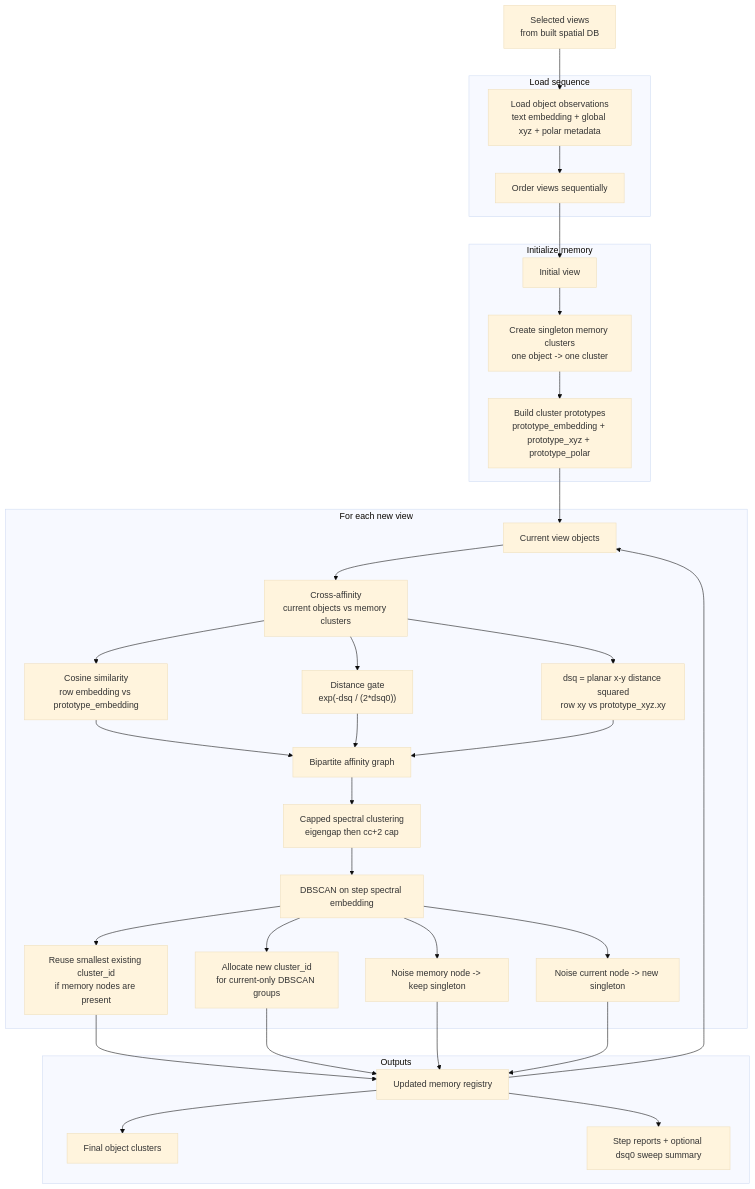
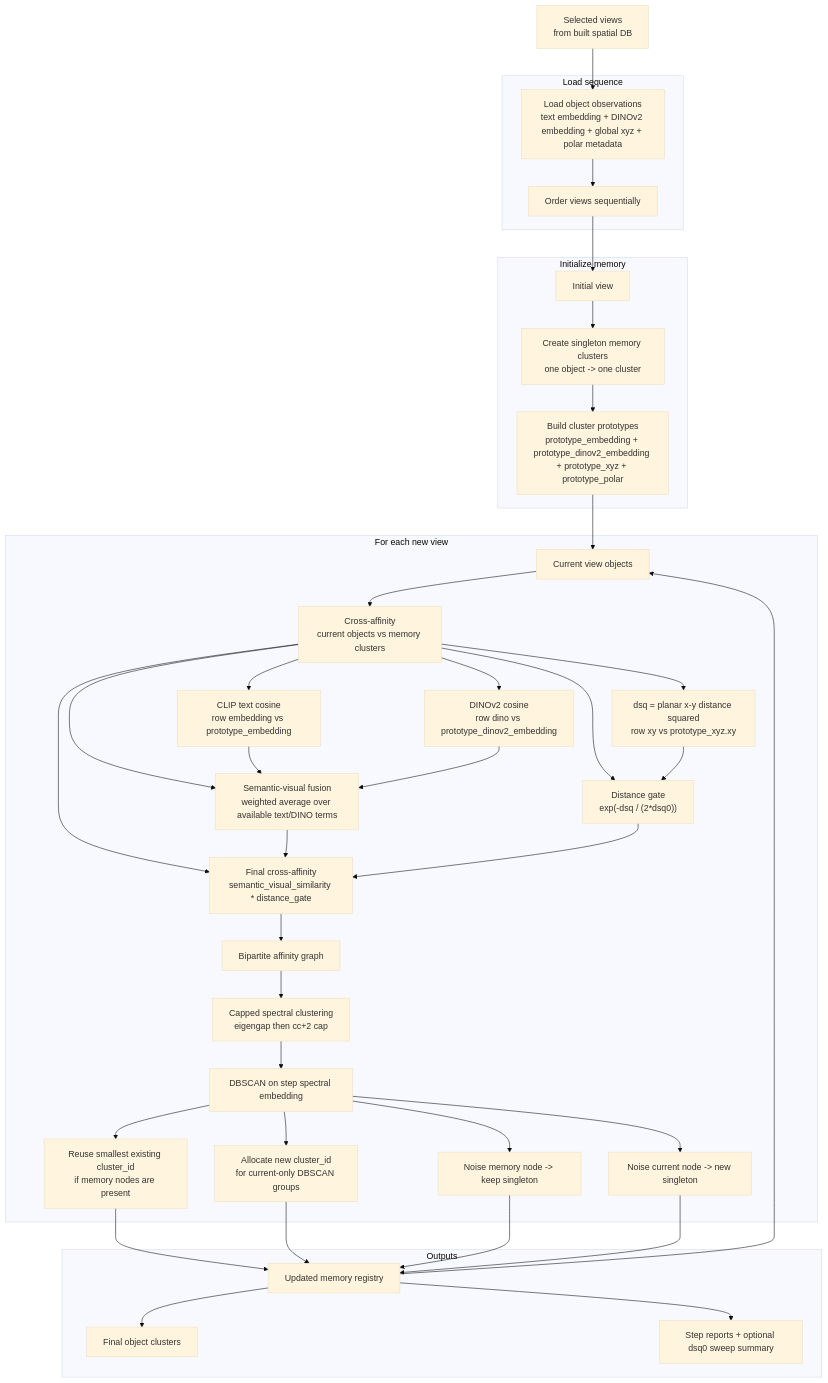
The second of 2 diagrams in README.md (YuhengLiu6/SpacialRAG), drawn with Mermaid (base theme) before and after one commit. The commit also changed other lines of this file, not shown here.

````diff
--- a/README.md
+++ b/README.md
@@ -643,65 +643,74 @@
 ```mermaid
 flowchart TD
     A["Selected views<br/>from built spatial DB"]
 
     subgraph S1["Load sequence"]
-        B["Load object observations<br/>text embedding + global xyz + polar metadata"]
+        B["Load object observations<br/>text embedding + DINOv2 embedding + global xyz + polar metadata"]
         C["Order views sequentially"]
     end
 
     subgraph S2["Initialize memory"]
         D["Initial view"]
         E["Create singleton memory clusters<br/>one object -> one cluster"]
-        E2["Build cluster prototypes<br/>prototype_embedding + prototype_xyz + prototype_polar"]
+        E2["Build cluster prototypes<br/>prototype_embedding + prototype_dinov2_embedding + prototype_xyz + prototype_polar"]
     end
 
     subgraph S3["For each new view"]
         F["Current view objects"]
 
         G["Cross-affinity<br/>current objects vs memory clusters"]
-        G1["Cosine similarity<br/>row embedding vs prototype_embedding"]
-        G2["Distance gate<br/>exp(-dsq / (2*dsq0))"]
-        G3["dsq = planar x-y distance squared<br/>row xy vs prototype_xyz.xy"]
+        G1["CLIP text cosine<br/>row embedding vs prototype_embedding"]
+        G2["DINOv2 cosine<br/>row dino vs prototype_dinov2_embedding"]
+        G3["Semantic-visual fusion<br/>weighted average over available text/DINO terms"]
+        G4["Distance gate<br/>exp(-dsq / (2*dsq0))"]
+        G5["dsq = planar x-y distance squared<br/>row xy vs prototype_xyz.xy"]
+        G6["Final cross-affinity<br/>semantic_visual_similarity * distance_gate"]
 
         H["Bipartite affinity graph"]
         I["Capped spectral clustering<br/>eigengap then cc+2 cap"]
 
         J["DBSCAN on step spectral embedding"]
         J1["Reuse smallest existing cluster_id<br/>if memory nodes are present"]
         J2["Allocate new cluster_id<br/>for current-only DBSCAN groups"]
         J3["Noise memory node -> keep singleton"]
         J4["Noise current node -> new singleton"]
     end
 
     subgraph S4["Outputs"]
         K["Updated memory registry"]
         L["Final object clusters"]
         M["Step reports + optional dsq0 sweep summary"]
     end
 
     A --> B --> C --> D --> E --> E2 --> F
 
     F --> G
     G --> G1
     G --> G2
     G --> G3
-    G1 --> H
-    G2 --> H
-    G3 --> H
+    G --> G4
+    G --> G5
+    G --> G6
+    G1 --> G3
+    G2 --> G3
+    G5 --> G4
+    G3 --> G6
+    G4 --> G6
+    G6 --> H
 
     H --> I --> J
     J --> J1
     J --> J2
     J --> J3
     J --> J4
 
     J1 --> K
     J2 --> K
     J3 --> K
     J4 --> K
 
     K --> F
     K --> L
     K --> M
 
 ```
````
